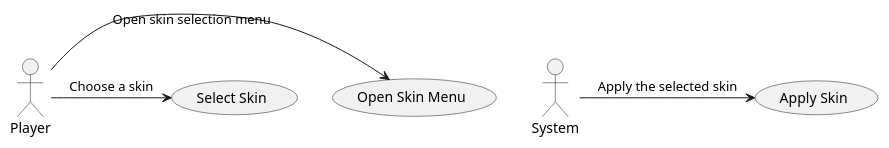
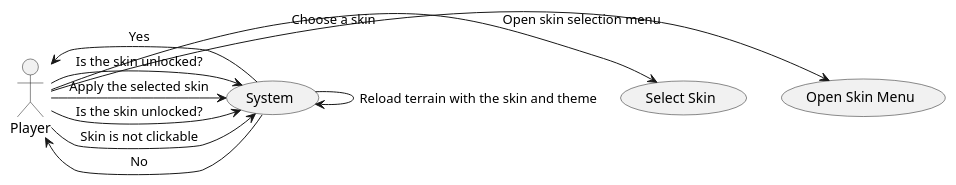
The diagram in Diagram/UseCase/changeSkin.puml (LosVerinos/Crossy-Road), drawn with PlantUML before and after one commit. The commit also changed 9 other files, not shown here.

```diff
--- a/Diagram/UseCase/changeSkin.puml
+++ b/Diagram/UseCase/changeSkin.puml
@@ -1,9 +1,16 @@
 @startuml
 actor Player
-actor System
 
 Player -> (Open Skin Menu) : Open skin selection menu
 Player -> (Select Skin) : Choose a skin
-System -> (Apply Skin) : Apply the selected skin
+
+Player -> (System) : Is the skin unlocked?
+(System) -> Player : Yes
+Player -> (System) : Apply the selected skin
+(System) -> (System) : Reload terrain with the skin and theme
+
+Player -> (System) : Is the skin unlocked?
+(System) -> Player : No
+Player -> (System) : Skin is not clickable
 
 @enduml
```
